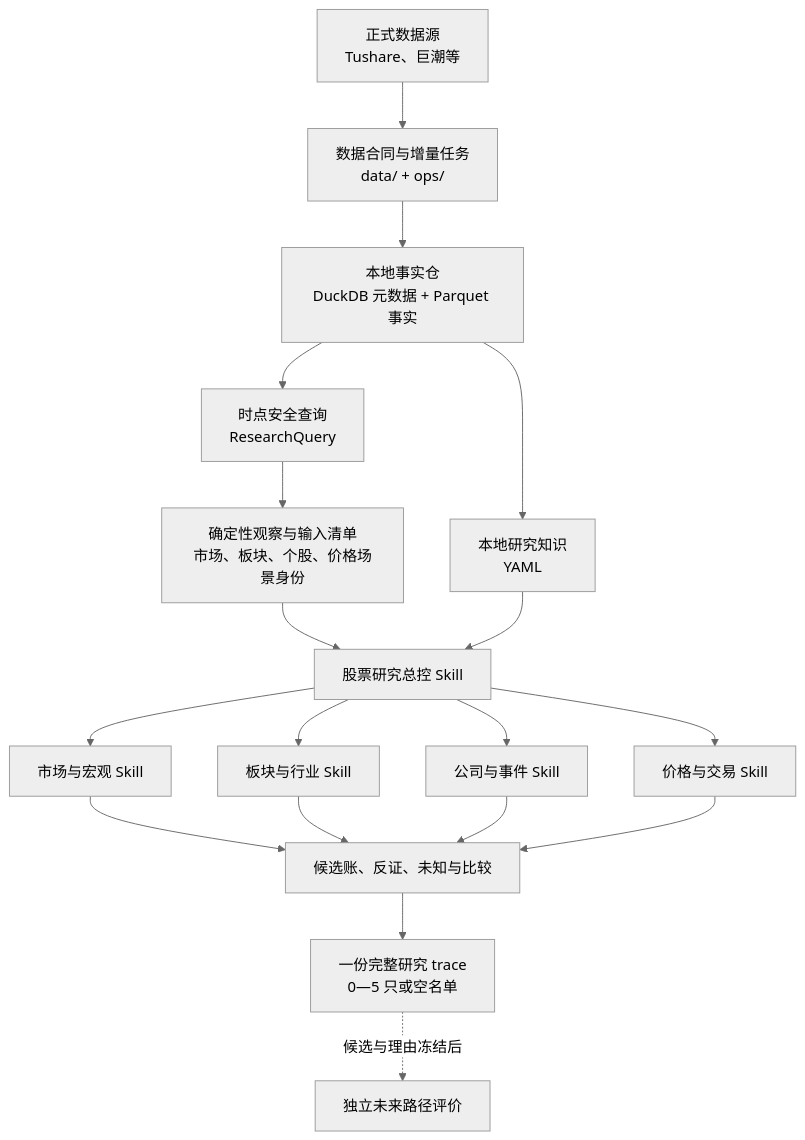
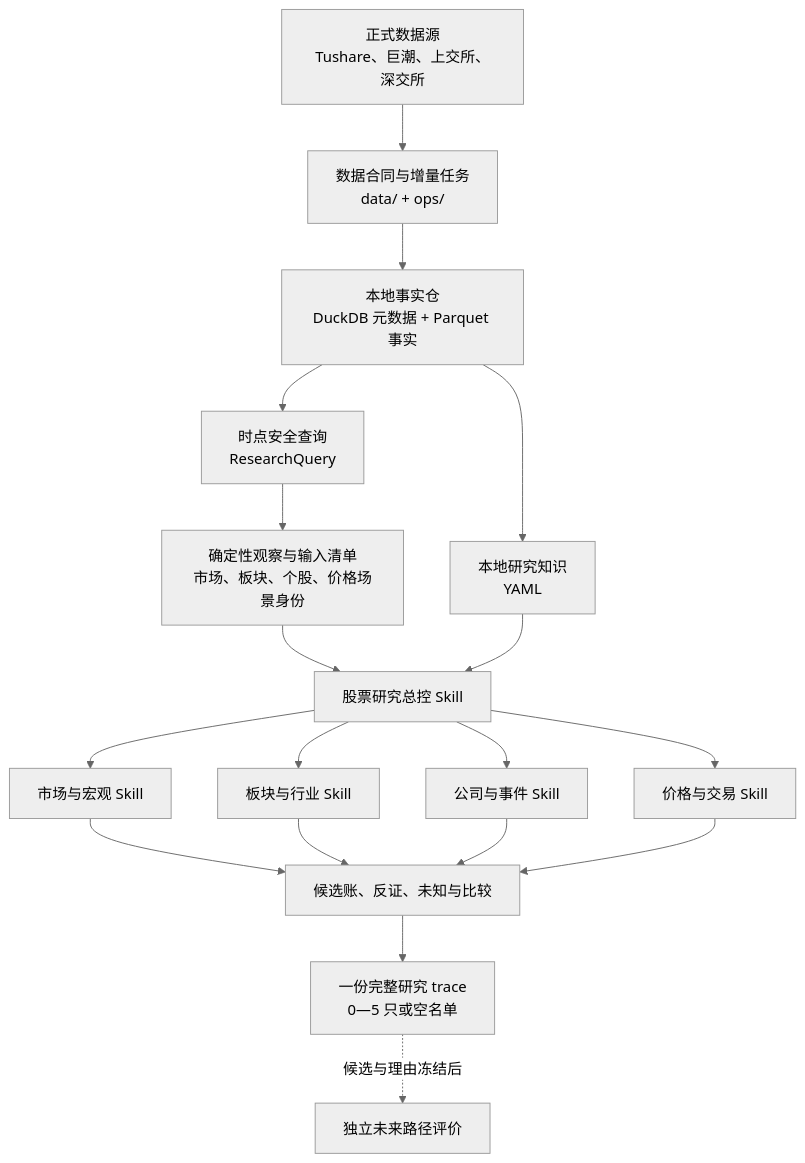
Before and after one commit to ccrt26/stock-analysis-assistant-v3: the diagram in docs/architecture/current-v3-architecture.md, drawn with Mermaid (neutral theme). The commit also changed other lines of this file and 19 other files, not shown here.

````diff
--- a/docs/architecture/current-v3-architecture.md
+++ b/docs/architecture/current-v3-architecture.md
@@ -61,20 +61,20 @@
 ```mermaid
 flowchart TD
-    A["正式数据源<br/>Tushare、巨潮等"] --> B["数据合同与增量任务<br/>data/ + ops/"]
+    A["正式数据源<br/>Tushare、巨潮、上交所、深交所"] --> B["数据合同与增量任务<br/>data/ + ops/"]
     B --> C["本地事实仓<br/>DuckDB 元数据 + Parquet 事实"]
     C --> D["时点安全查询<br/>ResearchQuery"]
     D --> E["确定性观察与输入清单<br/>市场、板块、个股、价格场景身份"]
     C --> F["本地研究知识<br/>YAML"]
     E --> G["股票研究总控 Skill"]
     F --> G
     G --> H["市场与宏观 Skill"]
     G --> I["板块与行业 Skill"]
     G --> J["公司与事件 Skill"]
     G --> K["价格与交易 Skill"]
     H --> L["候选账、反证、未知与比较"]
     I --> L
     J --> L
     K --> L
     L --> M["一份完整研究 trace<br/>0—5 只或空名单"]
     M -. "候选与理由冻结后" .-> N["独立未来路径评价"]
 ```
````
